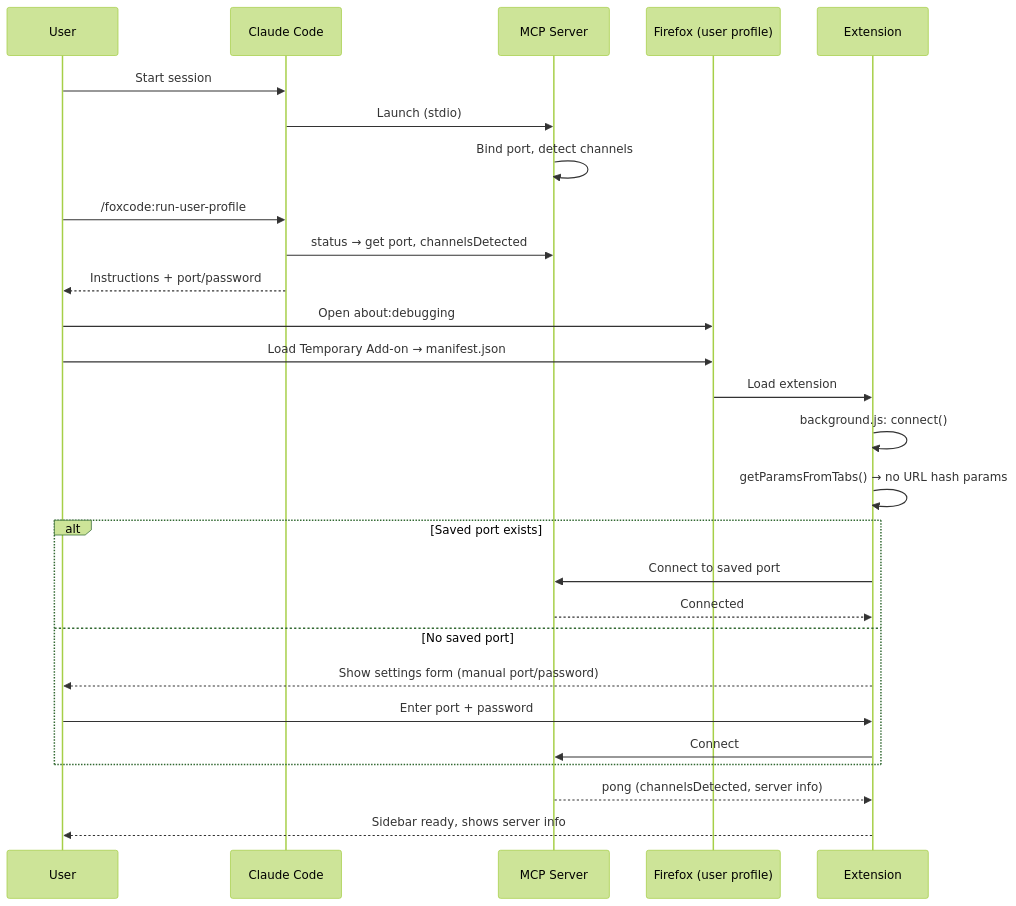
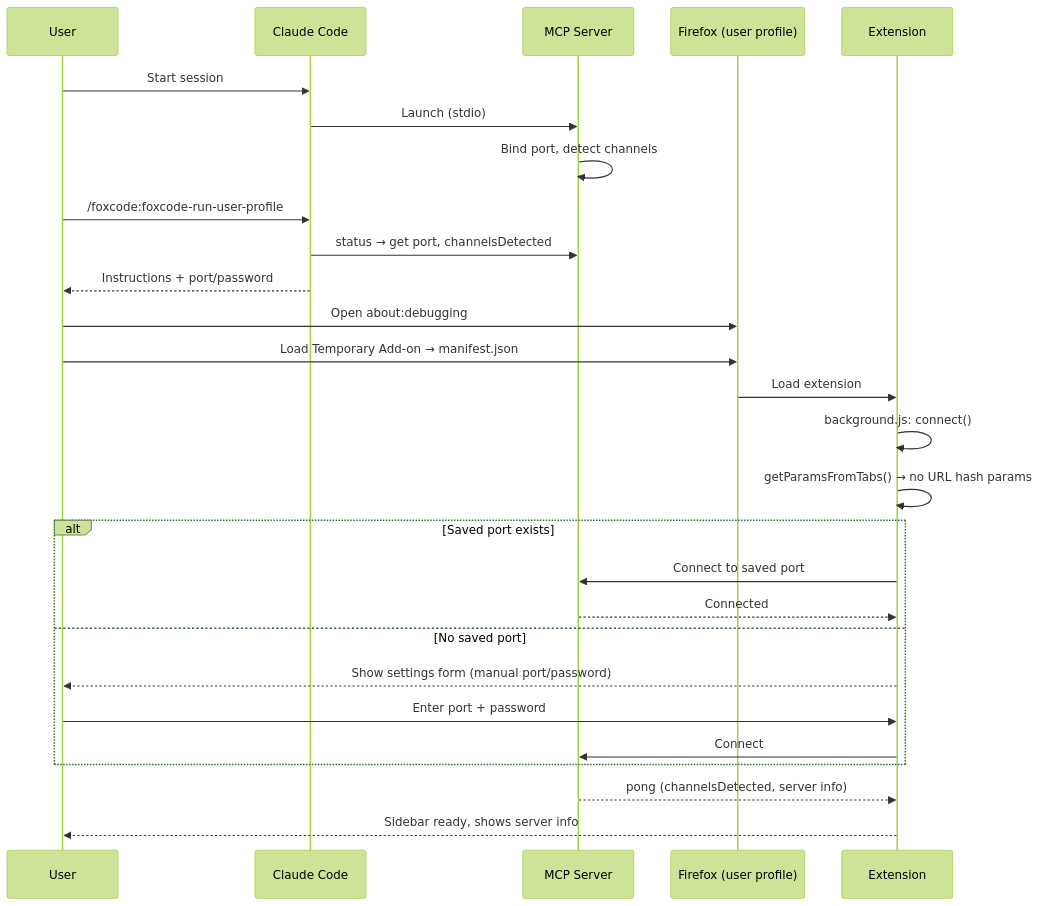
One commit to korchasa/foxcode changed the second of 2 diagrams in README.md. Above: the diagram before and after it, drawn with Mermaid (forest theme). The commit also changed other lines of this file and 6 other files, not shown here.

````diff
--- a/README.md
+++ b/README.md
@@ -117,35 +117,35 @@
 ```mermaid
 sequenceDiagram
     participant U as User
     participant CC as Claude Code
     participant MCP as MCP Server
     participant FF as Firefox (user profile)
     participant EXT as Extension
 
     U->>CC: Start session
     CC->>MCP: Launch (stdio)
     MCP->>MCP: Bind port, detect channels
 
-    U->>CC: /foxcode:run-user-profile
+    U->>CC: /foxcode:foxcode-run-user-profile
     CC->>MCP: status → get port, channelsDetected
     CC-->>U: Instructions + port/password
 
     U->>FF: Open about:debugging
     U->>FF: Load Temporary Add-on → manifest.json
     FF->>EXT: Load extension
 
     EXT->>EXT: background.js: connect()
     EXT->>EXT: getParamsFromTabs() → no URL hash params
 
     alt Saved port exists
         EXT->>MCP: Connect to saved port
         MCP-->>EXT: Connected
     else No saved port
         EXT-->>U: Show settings form (manual port/password)
         U->>EXT: Enter port + password
         EXT->>MCP: Connect
     end
 
     MCP-->>EXT: pong (channelsDetected, server info)
     EXT-->>U: Sidebar ready, shows server info
 ```
````
